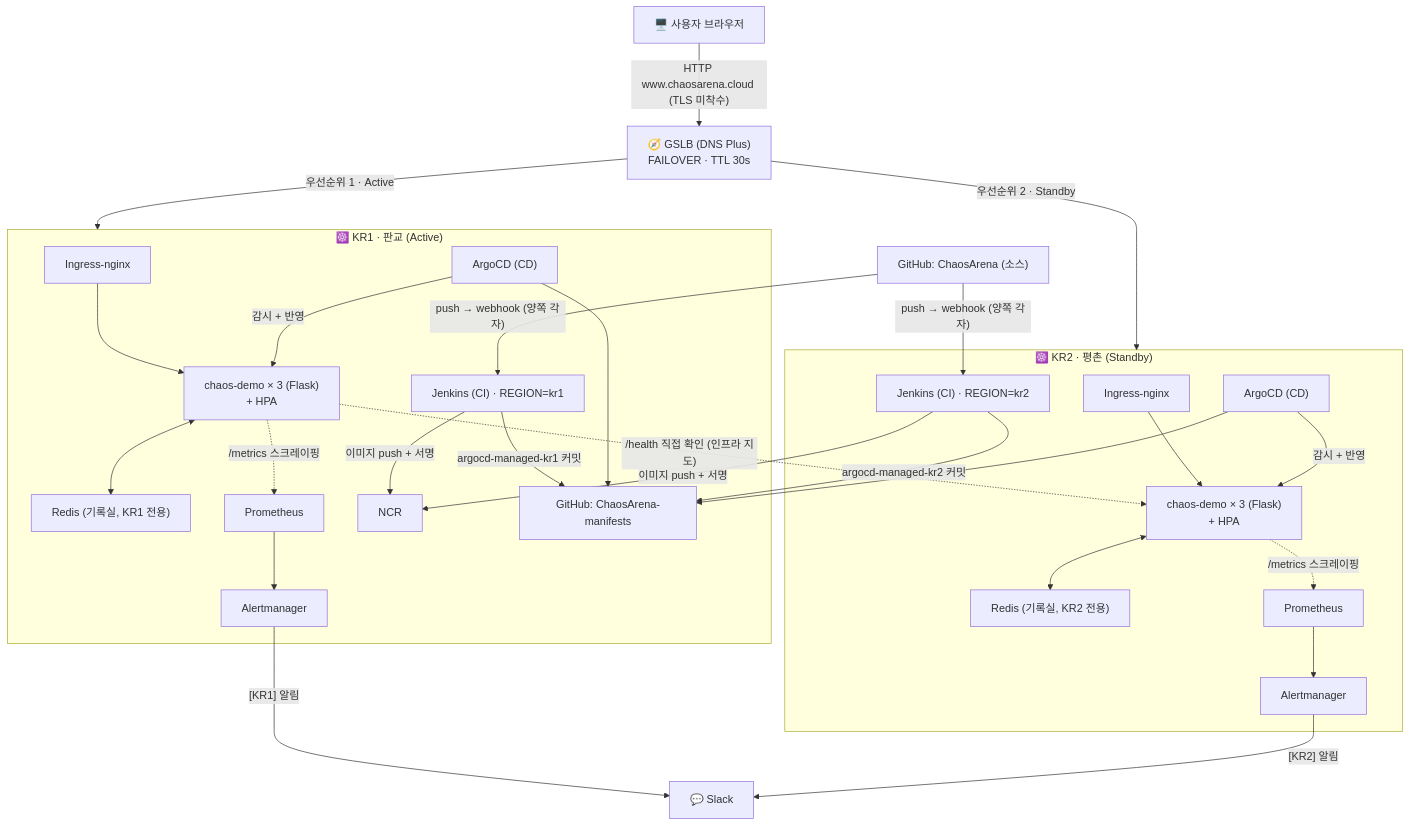
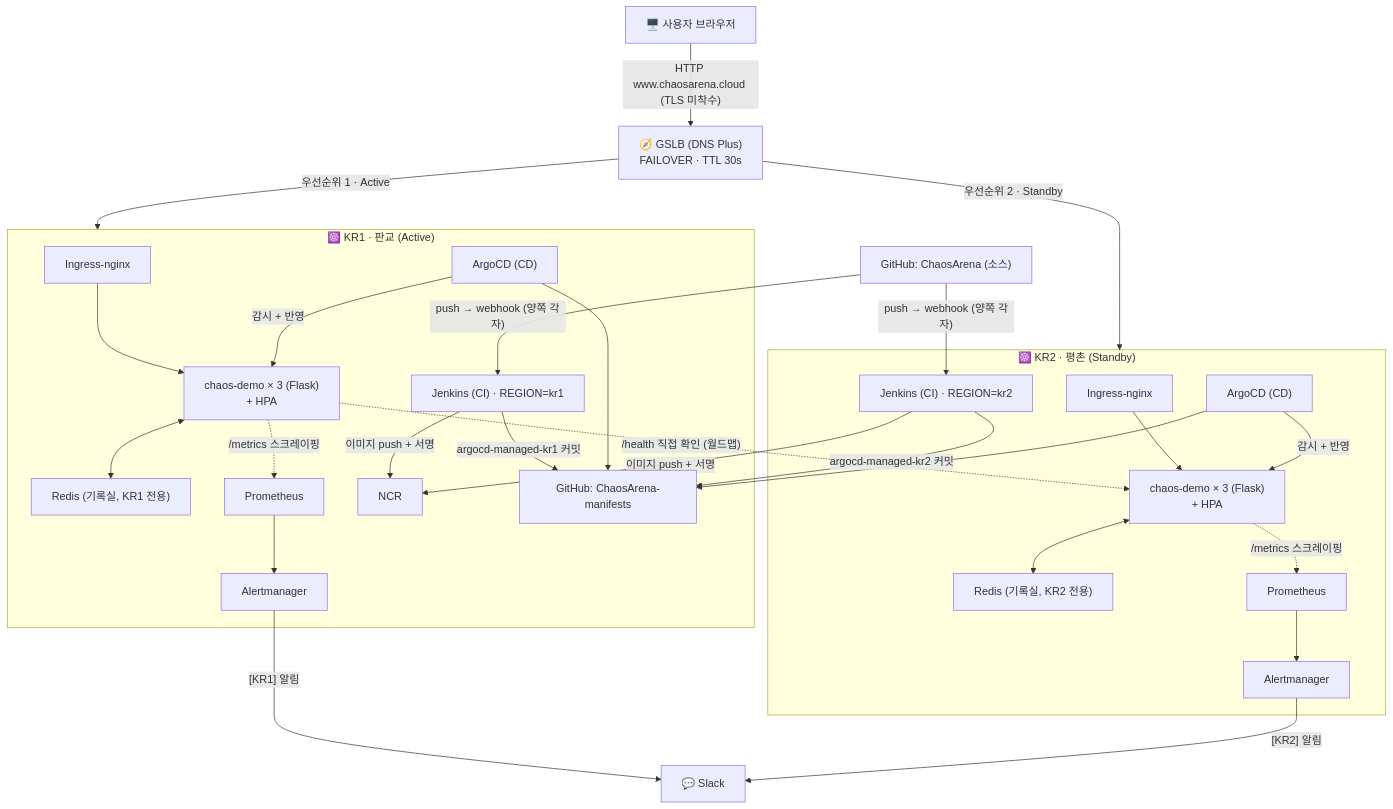
The diagram in README.md (wonju90/ChaosArena), drawn with Mermaid before and after one commit. The commit also changed other lines of this file and 6 other files, not shown here.

First line of the commit message:
docs: refresh architecture/concepts docs, add HIGHLIGHTS.md, retire demo/PPT outline docs

````diff
--- a/README.md
+++ b/README.md
@@ -24,34 +24,34 @@
 ```mermaid
 flowchart TB
     User["🖥️ 사용자 브라우저"] -->|"HTTP www.chaosarena.cloud (TLS 미착수)"| GSLB["🧭 GSLB (DNS Plus)<br/>FAILOVER · TTL 30s"]
     GSLB -->|"우선순위 1 · Active"| KR1
     GSLB -->|"우선순위 2 · Standby"| KR2
 
     subgraph KR1 ["☸️ KR1 · 판교 (Active)"]
         Ingress1["Ingress-nginx"] --> Pods1["chaos-demo × 3 (Flask)<br/>+ HPA"]
         Pods1 <--> Redis1["Redis (기록실, KR1 전용)"]
         Pods1 -.->|"/metrics 스크레이핑"| Prom1["Prometheus"]
         Prom1 --> Alertmgr1["Alertmanager"]
         Jenkins1["Jenkins (CI) · REGION=kr1"] -->|"이미지 push + 서명"| NCR
         Jenkins1 -->|"argocd-managed-kr1 커밋"| ManifestsRepo
         ArgoCD1["ArgoCD (CD)"] -->|"감시 + 반영"| Pods1
         ArgoCD1 --> ManifestsRepo
     end
 
     subgraph KR2 ["☸️ KR2 · 평촌 (Standby)"]
         Ingress2["Ingress-nginx"] --> Pods2["chaos-demo × 3 (Flask)<br/>+ HPA"]
         Pods2 <--> Redis2["Redis (기록실, KR2 전용)"]
         Pods2 -.->|"/metrics 스크레이핑"| Prom2["Prometheus"]
         Prom2 --> Alertmgr2["Alertmanager"]
         Jenkins2["Jenkins (CI) · REGION=kr2"] -->|"이미지 push + 서명"| NCR["NCR"]
         Jenkins2 -->|"argocd-managed-kr2 커밋"| ManifestsRepo["GitHub: ChaosArena-manifests"]
         ArgoCD2["ArgoCD (CD)"] -->|"감시 + 반영"| Pods2
         ArgoCD2 --> ManifestsRepo
     end
 
-    Pods1 -.->|"/health 직접 확인 (인프라 지도)"| Pods2
+    Pods1 -.->|"/health 직접 확인 (월드맵)"| Pods2
     SourceRepo["GitHub: ChaosArena (소스)"] -->|"push → webhook (양쪽 각자)"| Jenkins1
     SourceRepo -->|"push → webhook (양쪽 각자)"| Jenkins2
     Alertmgr1 -->|"[KR1] 알림"| Slack["💬 Slack"]
     Alertmgr2 -->|"[KR2] 알림"| Slack
 ```
````
